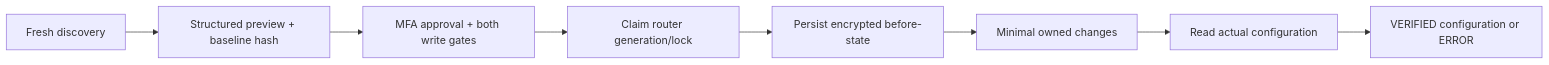
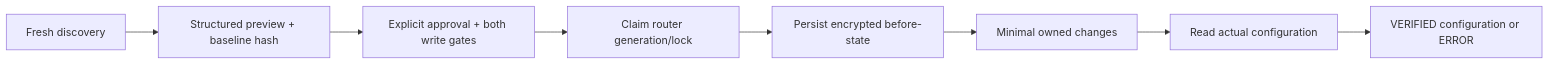
One commit to Gor397/local-network-management-server changed the diagram in docs/mikrotik-integration.md. Above: the diagram before and after it, drawn with Mermaid. The commit also changed other lines of this file and 159 other files, not shown here.

````diff
--- a/docs/mikrotik-integration.md
+++ b/docs/mikrotik-integration.md
@@ -52,10 +88,10 @@
 ```mermaid
 flowchart LR
     Inspect["Fresh discovery"] --> Preview["Structured preview + baseline hash"]
-    Preview --> Approve["MFA approval + both write gates"]
+    Preview --> Approve["Explicit approval + both write gates"]
     Approve --> Lock["Claim router generation/lock"]
     Lock --> Backup["Persist encrypted before-state"]
     Backup --> Apply["Minimal owned changes"]
     Apply --> Readback["Read actual configuration"]
     Readback --> Outcome["VERIFIED configuration or ERROR"]
 ```
````
